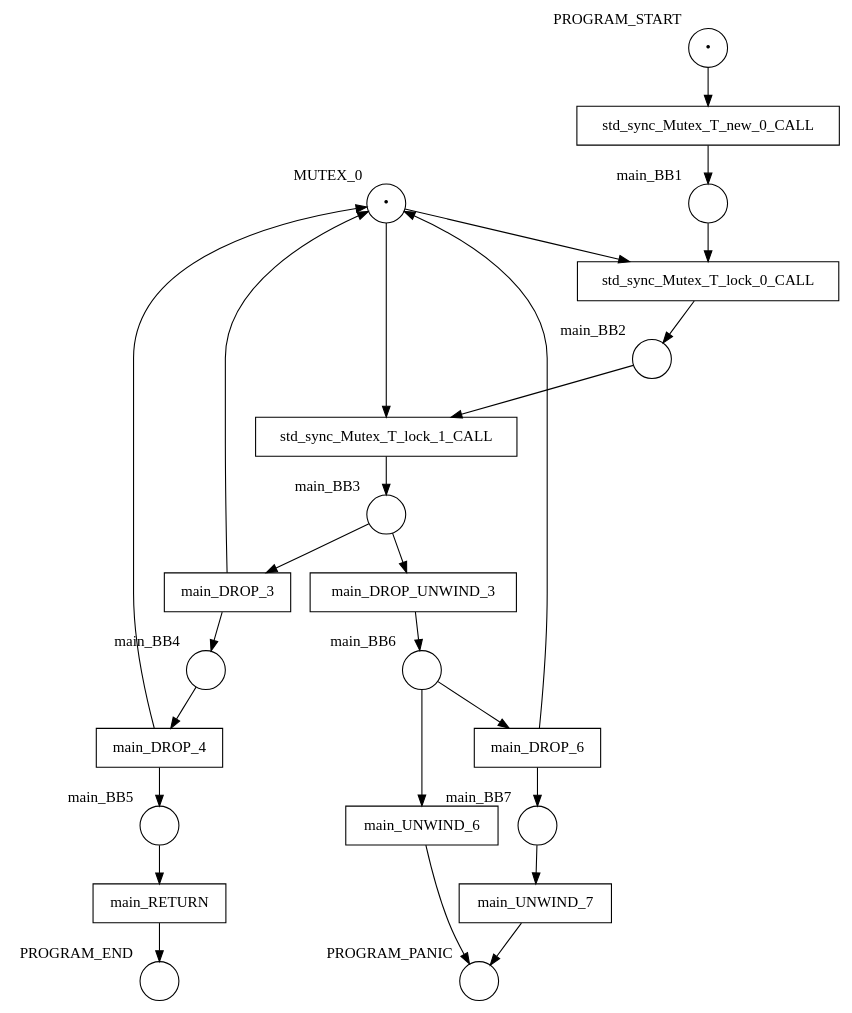
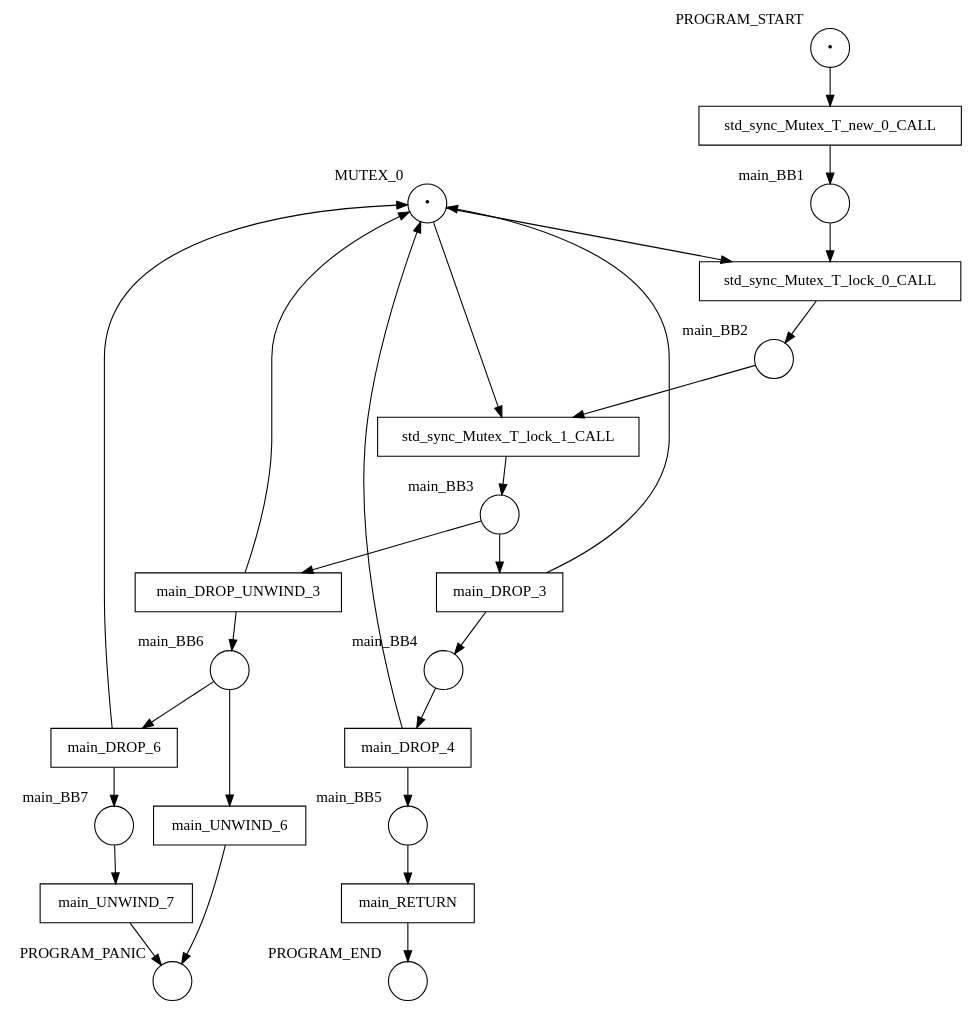
Before and after one commit to hlisdero/cargo-check-deadlock: the diagram in examples/results/mutex/double_lock_deadlock/net.dot, drawn with Graphviz. The commit also changed 28 other files, not shown here.

First line of the commit message:
Handle the lock guard in the unwind transition of a drop terminator.

```diff
--- a/examples/results/mutex/double_lock_deadlock/net.dot
+++ b/examples/results/mutex/double_lock_deadlock/net.dot
@@ -1,48 +1,49 @@
 digraph petrinet {
     MUTEX_0 [shape="circle" xlabel="MUTEX_0" label="•"];
     PROGRAM_END [shape="circle" xlabel="PROGRAM_END" label=""];
     PROGRAM_PANIC [shape="circle" xlabel="PROGRAM_PANIC" label=""];
     PROGRAM_START [shape="circle" xlabel="PROGRAM_START" label="•"];
     main_BB1 [shape="circle" xlabel="main_BB1" label=""];
     main_BB2 [shape="circle" xlabel="main_BB2" label=""];
     main_BB3 [shape="circle" xlabel="main_BB3" label=""];
     main_BB4 [shape="circle" xlabel="main_BB4" label=""];
     main_BB5 [shape="circle" xlabel="main_BB5" label=""];
     main_BB6 [shape="circle" xlabel="main_BB6" label=""];
     main_BB7 [shape="circle" xlabel="main_BB7" label=""];
     main_DROP_3 [shape="box" xlabel="" label="main_DROP_3"];
     main_DROP_4 [shape="box" xlabel="" label="main_DROP_4"];
     main_DROP_6 [shape="box" xlabel="" label="main_DROP_6"];
     main_DROP_UNWIND_3 [shape="box" xlabel="" label="main_DROP_UNWIND_3"];
     main_RETURN [shape="box" xlabel="" label="main_RETURN"];
     main_UNWIND_6 [shape="box" xlabel="" label="main_UNWIND_6"];
     main_UNWIND_7 [shape="box" xlabel="" label="main_UNWIND_7"];
     std_sync_Mutex_T_lock_0_CALL [shape="box" xlabel="" label="std_sync_Mutex_T_lock_0_CALL"];
     std_sync_Mutex_T_lock_1_CALL [shape="box" xlabel="" label="std_sync_Mutex_T_lock_1_CALL"];
     std_sync_Mutex_T_new_0_CALL [shape="box" xlabel="" label="std_sync_Mutex_T_new_0_CALL"];
     MUTEX_0 -> std_sync_Mutex_T_lock_0_CALL;
     MUTEX_0 -> std_sync_Mutex_T_lock_1_CALL;
     PROGRAM_START -> std_sync_Mutex_T_new_0_CALL;
     main_BB1 -> std_sync_Mutex_T_lock_0_CALL;
     main_BB2 -> std_sync_Mutex_T_lock_1_CALL;
     main_BB3 -> main_DROP_3;
     main_BB3 -> main_DROP_UNWIND_3;
     main_BB4 -> main_DROP_4;
     main_BB5 -> main_RETURN;
     main_BB6 -> main_DROP_6;
     main_BB6 -> main_UNWIND_6;
     main_BB7 -> main_UNWIND_7;
     main_DROP_3 -> MUTEX_0;
     main_DROP_3 -> main_BB4;
     main_DROP_4 -> MUTEX_0;
     main_DROP_4 -> main_BB5;
     main_DROP_6 -> MUTEX_0;
     main_DROP_6 -> main_BB7;
+    main_DROP_UNWIND_3 -> MUTEX_0;
     main_DROP_UNWIND_3 -> main_BB6;
     main_RETURN -> PROGRAM_END;
     main_UNWIND_6 -> PROGRAM_PANIC;
     main_UNWIND_7 -> PROGRAM_PANIC;
     std_sync_Mutex_T_lock_0_CALL -> main_BB2;
     std_sync_Mutex_T_lock_1_CALL -> main_BB3;
     std_sync_Mutex_T_new_0_CALL -> main_BB1;
 }
```
